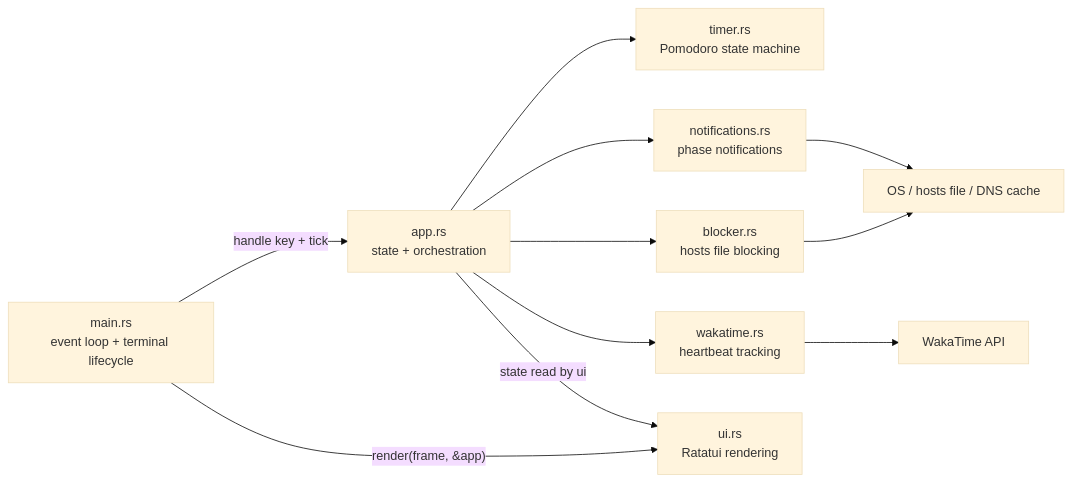
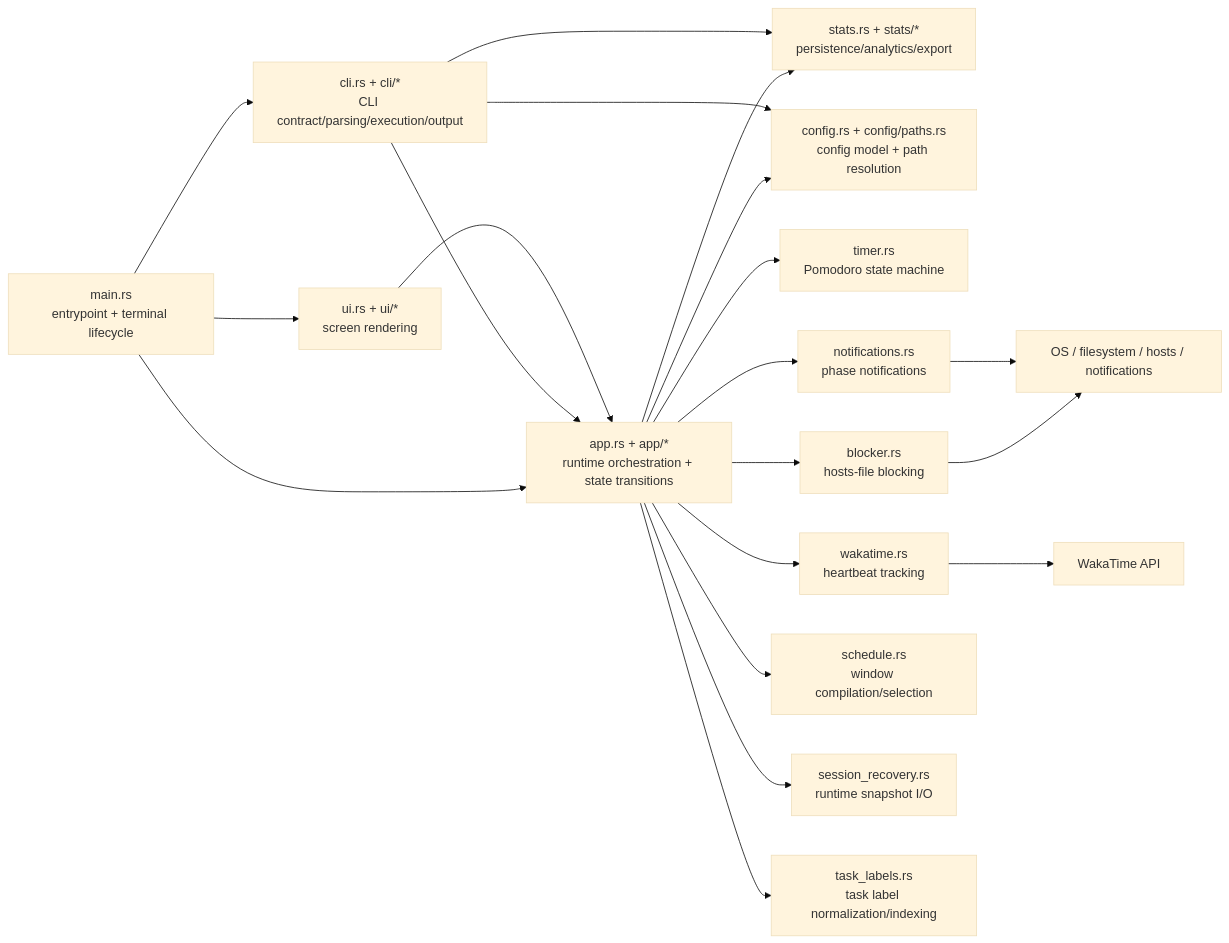
One commit to utilForever/focustime changed the first of 2 diagrams in ARCHITECTURE.md. Above: the diagram before and after it, drawn with Mermaid (base theme). The commit also changed other lines of this file and 3 other files, not shown here.

````diff
--- a/ARCHITECTURE.md
+++ b/ARCHITECTURE.md
@@ -9,23 +10,38 @@
 ```mermaid
 flowchart LR
-    M["main.rs<br/>event loop + terminal lifecycle"]
-    A["app.rs<br/>state + orchestration"]
-    T["timer.rs<br/>Pomodoro state machine"]
-    B["blocker.rs<br/>hosts file blocking"]
-    W["wakatime.rs<br/>heartbeat tracking"]
-    N["notifications.rs<br/>phase notifications"]
-    U["ui.rs<br/>Ratatui rendering"]
-    OS["OS / hosts file / DNS cache"]
+    M["main.rs<br/>entrypoint + terminal lifecycle"]
+    CLI["cli.rs + cli/*<br/>CLI contract/parsing/execution/output"]
+    APP["app.rs + app/*<br/>runtime orchestration + state transitions"]
+    UI["ui.rs + ui/*<br/>screen rendering"]
+    ST["stats.rs + stats/*<br/>persistence/analytics/export"]
+    CFG["config.rs + config/paths.rs<br/>config model + path resolution"]
+    TM["timer.rs<br/>Pomodoro state machine"]
+    BL["blocker.rs<br/>hosts-file blocking"]
+    WK["wakatime.rs<br/>heartbeat tracking"]
+    NT["notifications.rs<br/>phase notifications"]
+    SCH["schedule.rs<br/>window compilation/selection"]
+    REC["session_recovery.rs<br/>runtime snapshot I/O"]
+    TL["task_labels.rs<br/>task label normalization/indexing"]
+    OS["OS / filesystem / hosts / notifications"]
     API["WakaTime API"]
 
-    M -->|"handle key + tick"| A
-    M -->|"render(frame, &app)"| U
-    A --> T
-    A --> B
-    A --> W
-    A --> N
-    A -->|"state read by ui"| U
-    B --> OS
-    W --> API
-    N --> OS
+    M --> CLI
+    M --> APP
+    M --> UI
+    APP --> CFG
+    APP --> TM
+    APP --> BL
+    APP --> WK
+    APP --> NT
+    APP --> SCH
+    APP --> ST
+    APP --> TL
+    APP --> REC
+    CLI --> APP
+    CLI --> CFG
+    CLI --> ST
+    UI --> APP
+    BL --> OS
+    NT --> OS
+    WK --> API
 ```
````
